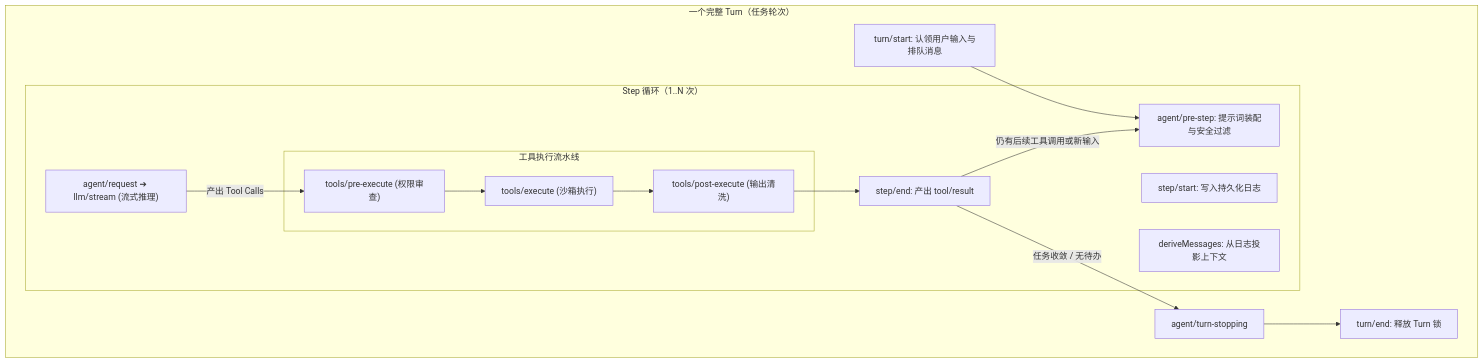
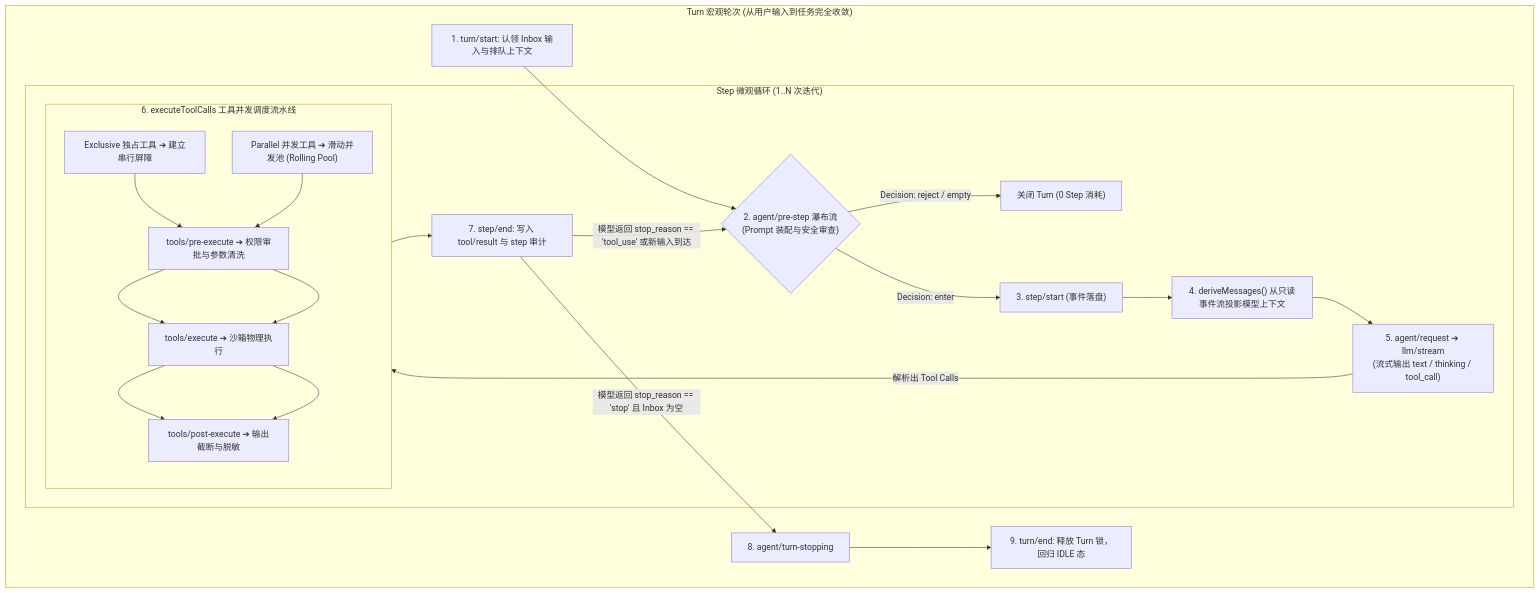
The first of 3 diagrams in content/posts/dsh-02-turn-step-lifecycle.md (MoreConsequence/MoreConsequence.github.io), drawn with Mermaid before and after one commit. The commit also changed other lines of this file and 11 other files, not shown here.

````diff
--- a/content/posts/dsh-02-turn-step-lifecycle.md
+++ b/content/posts/dsh-02-turn-step-lifecycle.md
@@ -19,28 +19,37 @@
 ```mermaid
 flowchart TD
-    subgraph TurnFlow["一个完整 Turn（任务轮次）"]
-        TStart["turn/start: 认领用户输入与排队消息"]
+    subgraph TurnLevel["Turn 宏观轮次 (从用户输入到任务完全收敛)"]
+        TStart["1. turn/start: 认领 Inbox 输入与排队上下文"]
         
-        subgraph StepFlow["Step 循环（1..N 次）"]
-            PreStep["agent/pre-step: 提示词装配与安全过滤"]
-            SStart["step/start: 写入持久化日志"]
-            Derive["deriveMessages: 从日志投影上下文"]
-            Req["agent/request ➔ llm/stream (流式推理)"]
+        subgraph StepLevel["Step 微观循环 (1..N 次迭代)"]
+            PreStep{"2. agent/pre-step 瀑布流<br/>(Prompt 装配与安全审查)"}
             
-            subgraph ToolPipe["工具执行流水线"]
-                TPre["tools/pre-execute (权限审查)"]
-                TExec["tools/execute (沙箱执行)"]
-                TPost["tools/post-execute (输出清洗)"]
+            PreStep -->|"Decision: reject / empty"| TurnClose["关闭 Turn (0 Step 消耗)"]
+            
+            PreStep -->|"Decision: enter"| SStart["3. step/start (事件落盘)"]
+            
+            SStart --> Derive["4. deriveMessages() 从只读事件流投影模型上下文"]
+            
+            Derive --> StreamReq["5. agent/request ➔ llm/stream<br/>(流式输出 text / thinking / tool_call)"]
+            
+            subgraph ToolDispatchPipeline["6. executeToolCalls 工具并发调度流水线"]
+                TBarrier["Exclusive 独占工具 ➔ 建立串行屏障"]
+                TParallel["Parallel 并发工具 ➔ 滑动并发池 (Rolling Pool)"]
+                TPolicy["tools/pre-execute ➔ 权限审批与参数清洗"]
+                TExec["tools/execute ➔ 沙箱物理执行"]
+                TPost["tools/post-execute ➔ 输出截断与脱敏"]
+                
+                TBarrier --> TPolicy --> TExec --> TPost
+                TParallel --> TPolicy --> TExec --> TPost
             end
             
-            Req -->|"产出 Tool Calls"| TPre
-            TPre --> TExec --> TPost
-            TPost --> SEnd["step/end: 产出 tool/result"]
+            StreamReq -->|"解析出 Tool Calls"| ToolDispatchPipeline
+            ToolDispatchPipeline --> SEnd["7. step/end: 写入 tool/result 与 step 审计"]
         end
         
         TStart --> PreStep
-        SEnd -->|"仍有后续工具调用或新输入"| PreStep
-        SEnd -->|"任务收敛 / 无待办"| TStop["agent/turn-stopping"]
-        TStop --> TEnd["turn/end: 释放 Turn 锁"]
+        SEnd -->|"模型返回 stop_reason == 'tool_use' 或新输入到达"| PreStep
+        SEnd -->|"模型返回 stop_reason == 'stop' 且 Inbox 为空"| TurnStopping["8. agent/turn-stopping"]
+        TurnStopping --> TEnd["9. turn/end: 释放 Turn 锁，回归 IDLE 态"]
     end
 ```
````
